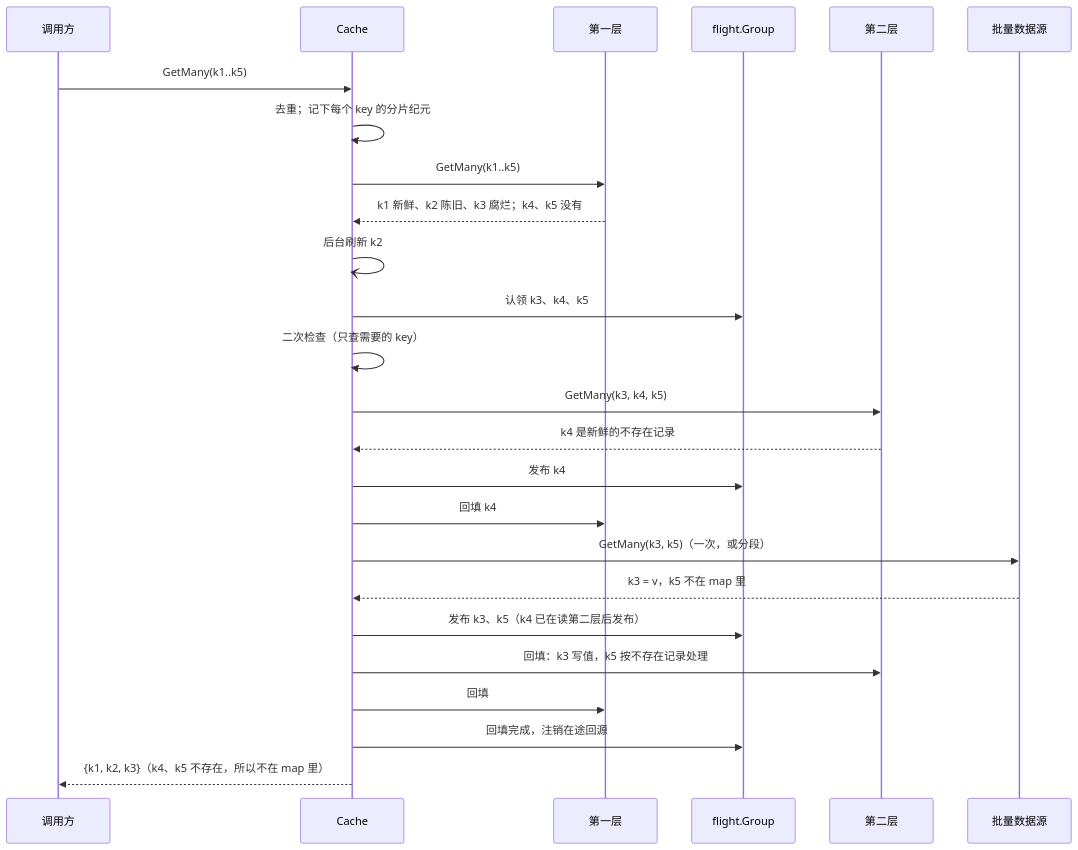
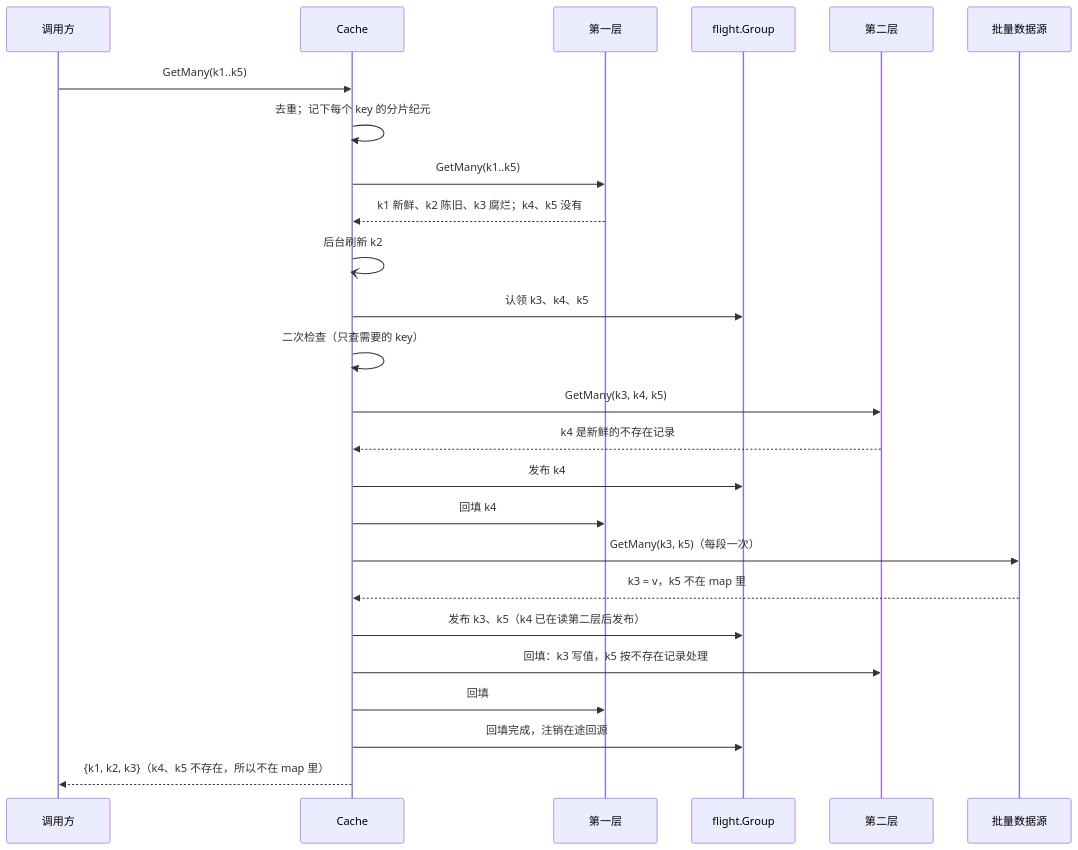
Before and after one commit to theplant/cachex: the diagram in docs/design/batch.md, drawn with Mermaid. The commit also changed other lines of this file and 14 other files, not shown here.

Commit message:
docs: GetMany claims a chunk at a time (ADR 0018); the todo has only features left

````diff
--- a/docs/design/batch.md
+++ b/docs/design/batch.md
@@ -22,27 +22,27 @@
 ```mermaid
 sequenceDiagram
     participant C as 调用方
     participant K as Cache
     participant L0 as 第一层
     participant G as flight.Group
     participant L1 as 第二层
     participant S as 批量数据源
     C->>K: GetMany(k1..k5)
     K->>K: 去重；记下每个 key 的分片纪元
     K->>L0: GetMany(k1..k5)
     L0-->>K: k1 新鲜、k2 陈旧、k3 腐烂；k4、k5 没有
     K-)K: 后台刷新 k2
     K->>G: 认领 k3、k4、k5
     K->>K: 二次检查（只查需要的 key）
     K->>L1: GetMany(k3, k4, k5)
     L1-->>K: k4 是新鲜的不存在记录
     K->>G: 发布 k4
     K->>L0: 回填 k4
-    K->>S: GetMany(k3, k5)（一次，或分段）
+    K->>S: GetMany(k3, k5)（每段一次）
     S-->>K: k3 = v，k5 不在 map 里
     K->>G: 发布 k3、k5（k4 已在读第二层后发布）
     K->>L1: 回填：k3 写值，k5 按不存在记录处理
     K->>L0: 回填
     K->>G: 回填完成，注销在途回源
     K-->>C: {k1, k2, k3}（k4、k5 不存在，所以不在 map 里）
 ```
````
